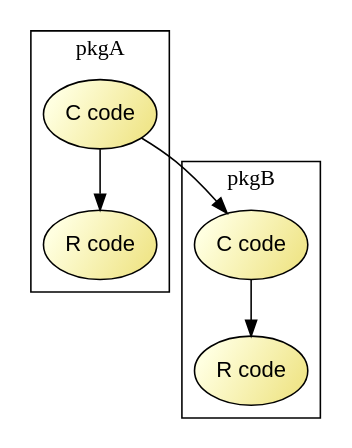
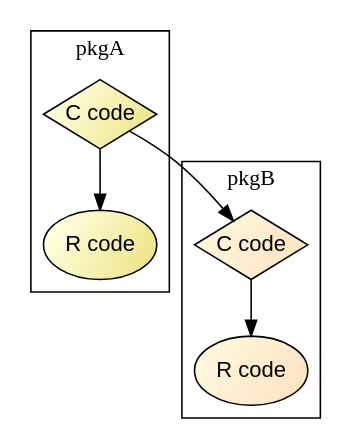
Before and after one commit to Accio/demo-linking-native: the diagram in dot/vis.gv, drawn with Graphviz. The commit also changed 1 other file, not shown here.

```diff
--- a/dot/vis.gv
+++ b/dot/vis.gv
@@ -1,35 +1,35 @@
 digraph D {
   compound=true;
 
   node [shape = ellipse,
       style = filled,
       fixedsize=true,
       width=1,
       height=0.618,
       fontsize=14,
       fillcolor = "lightyellow:khaki",
       gradientangle=315,
       fontname="Helvetica"]
   ar [label = "R code"];
-  ac [label = "C code"];
-  br [label = "R code"];
-  bc [label = "C code"];
+  ac [label = "C code", shape = "diamond"];
+  br [label = "R code", fillcolor = "cornsilk:bisque"];
+  bc [label = "C code", shape = "diamond", fillcolor = "cornsilk:bisque"];
 
   edge [color = black,
        arrowname = vee,
        fontname="Helvetica",
        fontsize=10]
 
   /* to be visually separated, subgraphs must be prefixed with cluster_ */
-  /* and only the DOT and FDP layout seem to support subgraphs */
+  /* and only the DOT and FDP layout seam to support subgraphs */
   subgraph cluster_pkgA {
     label = "pkgA";
     ac -> ar;
   }
   subgraph cluster_pkgB {
     label = "pkgB";
     bc -> br;
   }
 
   ac -> bc;
 }
```
